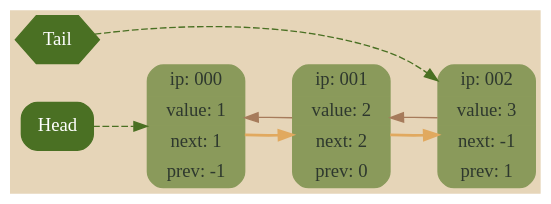
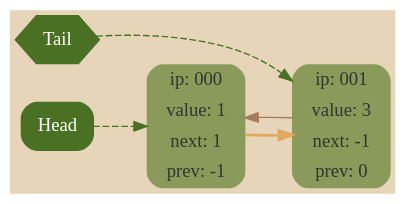
The diagram in GraphDump/dump.dot (F1merhub/List), drawn with Graphviz before and after one commit. The commit also changed 13 other files, not shown here.

```diff
--- a/GraphDump/dump.dot
+++ b/GraphDump/dump.dot
@@ -1,17 +1,14 @@
 digraph G {
 	rankdir = LR;
 	bgcolor="#E6D5B8";
 	node000 [shape=Mrecord; style=filled; color="#8A9A5B"; fontcolor="#2E382E"; label=" { ip: 000 } | { value:   1 } | { next:   1 } | { prev:  -1 } "];
-	node001 [shape=Mrecord; style=filled; color="#8A9A5B"; fontcolor="#2E382E"; label=" { ip: 001 } | { value:   2 } | { next:   2 } | { prev:   0 } "];
-	node002 [shape=Mrecord; style=filled; color="#8A9A5B"; fontcolor="#2E382E"; label=" { ip: 002 } | { value:   3 } | { next:  -1 } | { prev:   1 } "];
+	node001 [shape=Mrecord; style=filled; color="#8A9A5B"; fontcolor="#2E382E"; label=" { ip: 001 } | { value:   3 } | { next:  -1 } | { prev:   0 } "];
 
 	node000 -> node001 [style=bold; weight=1000; color="#E1A95F"];
-	node001 -> node002 [style=bold; weight=1000; color="#E1A95F"];
-	node002 -> node001 [weight=0; color="#A67B5B"; constraint=false];
 	node001 -> node000 [weight=0; color="#A67B5B"; constraint=false];
 
 	head [shape=Mrecord; style=filled; color="#4A7023"; fontcolor="white"; label="Head"];
 	head -> node000 [style=dashed; color="#4A7023"];
 	tail [shape=hexagon; style=filled; color="#4A7023"; fontcolor="white"; label="Tail"];
-	tail -> node002 [style=dashed; color="#4A7023"; constraint=false];
+	tail -> node001 [style=dashed; color="#4A7023"; constraint=false];
 }
```
